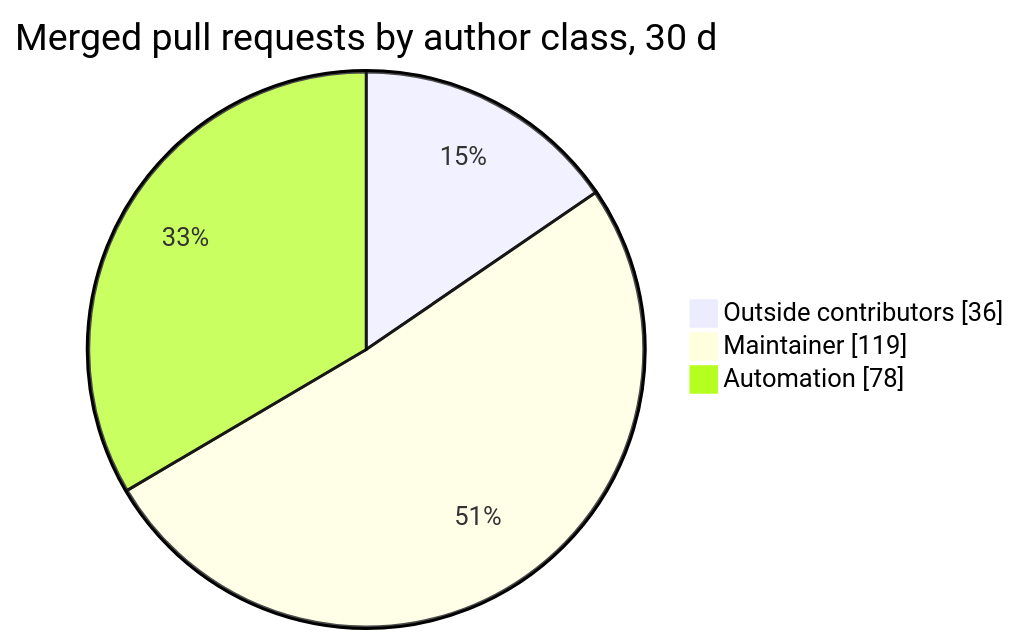
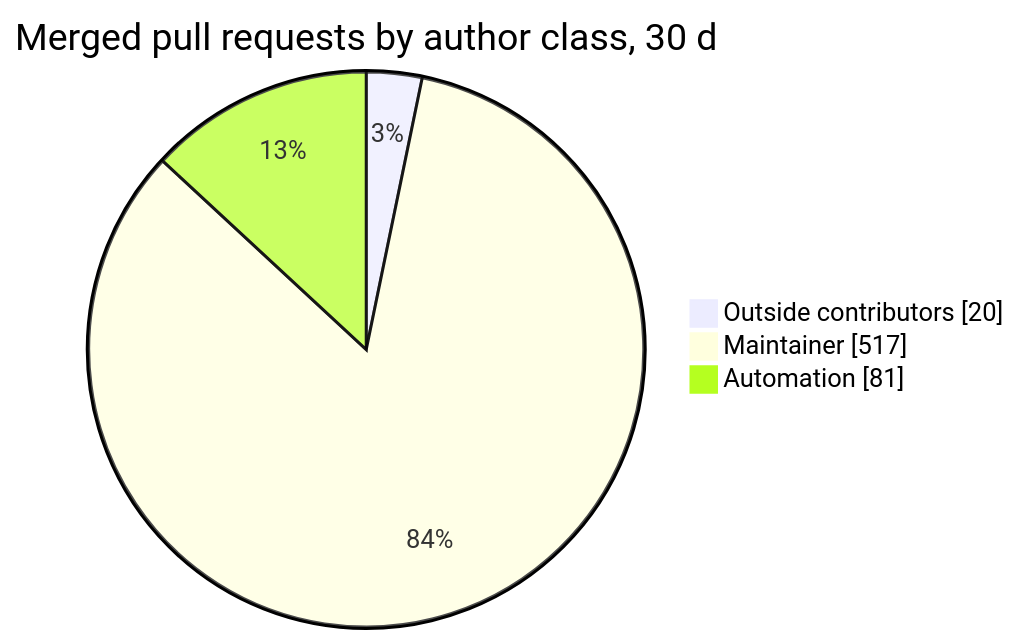
Before and after one commit to sipyourdrink-ltd/bernstein: the third of 3 diagrams in project-pulse.md, drawn with Mermaid. The commit also changed other lines of this file and 4 other files, not shown here.

````diff
--- a/project-pulse.md
+++ b/project-pulse.md
@@ -49,7 +49,7 @@
 ```mermaid
 pie showData
     title Merged pull requests by author class, 30 d
-    "Outside contributors" : 36
-    "Maintainer" : 119
-    "Automation" : 78
+    "Outside contributors" : 20
+    "Maintainer" : 517
+    "Automation" : 81
 ```
````
